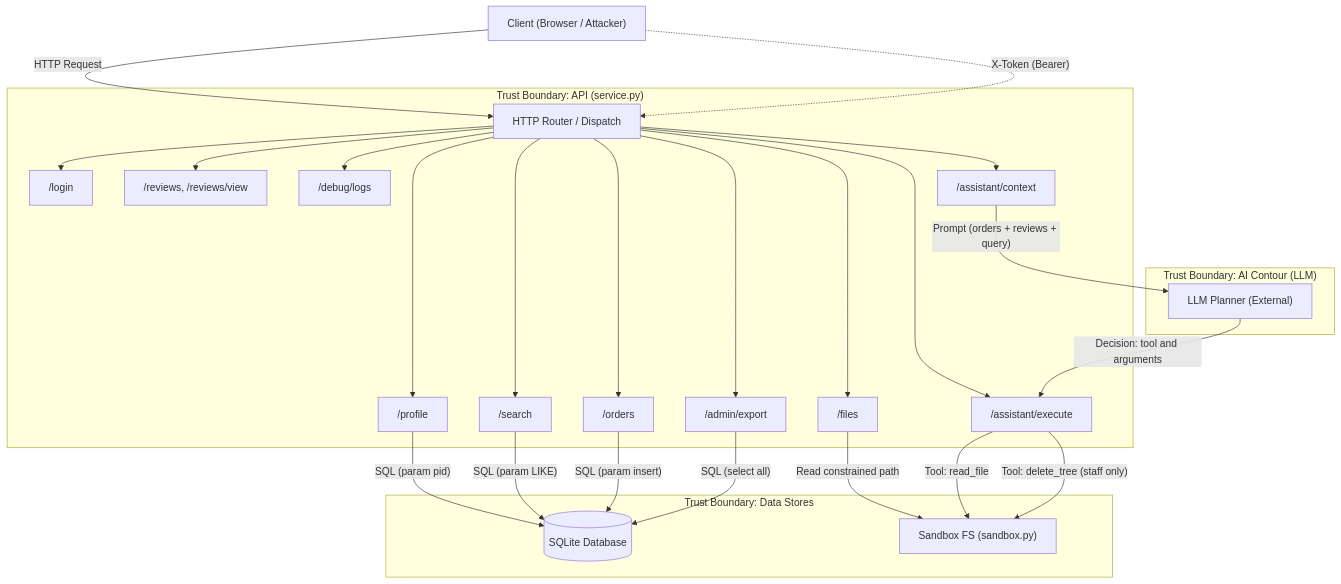
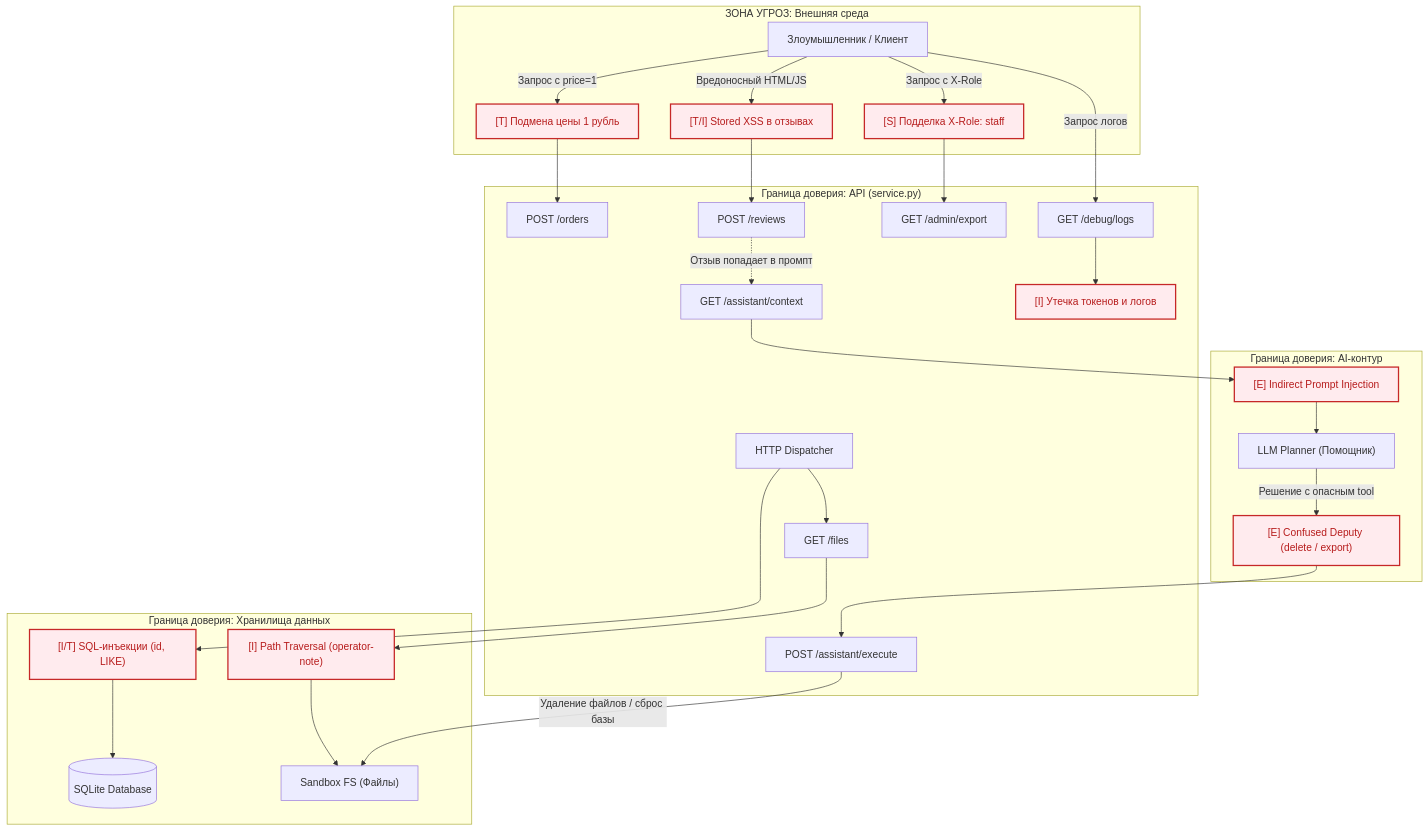
Before and after one commit to aMadeInHeaven/ITMOv2-ai-course: the diagram in practices/practice_06/lab/ThreatModel.md, drawn with Mermaid. The commit also changed 1 other file, not shown here.

Commit message:
threat model fixes

````diff
--- a/practices/practice_06/lab/ThreatModel.md
+++ b/practices/practice_06/lab/ThreatModel.md
@@ -24,59 +23,72 @@
 ```mermaid
 flowchart TD
-  %% Nodes
-  client["Client (Browser / Attacker)"]
-
-  subgraph api_perimeter ["Trust Boundary: API (service.py)"]
-    router["HTTP Router / Dispatch"]
-    login_ep["/login"]
-    profile_ep["/profile"]
-    search_ep["/search"]
-    orders_ep["/orders"]
-    admin_export_ep["/admin/export"]
-    files_ep["/files"]
-    reviews_ep["/reviews, /reviews/view"]
-    logs_ep["/debug/logs"]
-    aictx_ep["/assistant/context"]
-    aiexec_ep["/assistant/execute"]
+  %% External & Untrusted
+  subgraph UntrustedZone ["ЗОНА УГРОЗ: Внешняя среда"]
+    client["Злоумышленник / Клиент"]
+    threat_spoof["[S] Подделка X-Role: staff"]
+    threat_price["[T] Подмена цены 1 рубль"]
+    threat_xss["[T/I] Stored XSS в отзывах"]
   end
 
-  subgraph data_stores ["Trust Boundary: Data Stores"]
-    db[("SQLite Database")]
-    fs["Sandbox FS (sandbox.py)"]
+  %% Trust Boundary: API
+  subgraph APIBoundary ["Граница доверия: API (service.py)"]
+    router["HTTP Dispatcher"]
+    ep_orders["POST /orders"]
+    ep_reviews["POST /reviews"]
+    ep_files["GET /files"]
+    ep_admin["GET /admin/export"]
+    ep_logs["GET /debug/logs"]
+    ep_aictx["GET /assistant/context"]
+    ep_aiexec["POST /assistant/execute"]
+    threat_logs["[I] Утечка токенов и логов"]
   end
 
-  subgraph ai_contour ["Trust Boundary: AI Contour (LLM)"]
-    planner["LLM Planner (External)"]
+  %% Trust Boundary: AI
+  subgraph AIContour ["Граница доверия: AI-контур"]
+    llm["LLM Planner (Помощник)"]
+    threat_prompt["[E] Indirect Prompt Injection"]
+    threat_deputy["[E] Confused Deputy (delete / export)"]
   end
 
-  %% Flows
-  client -->|HTTP Request| router
-  router --> login_ep
-  router --> profile_ep
-  router --> search_ep
-  router --> orders_ep
-  router --> admin_export_ep
-  router --> files_ep
-  router --> reviews_ep
-  router --> logs_ep
-  router --> aictx_ep
-  router --> aiexec_ep
+  %% Trust Boundary: Stores
+  subgraph DataStores ["Граница доверия: Хранилища данных"]
+    db[("SQLite Database")]
+    fs["Sandbox FS (Файлы)"]
+    threat_sqli["[I/T] SQL-инъекции (id, LIKE)"]
+    threat_trav["[I] Path Traversal (operator-note)"]
+  end
 
-  %% Auth
-  client -.->|"X-Token (Bearer)"| router
+  %% Client interactions
+  client -->|"Запрос с X-Role"| threat_spoof
+  threat_spoof --> ep_admin
 
-  %% DB queries
-  profile_ep -->|"SQL (param pid)"| db
-  search_ep -->|"SQL (param LIKE)"| db
-  orders_ep -->|"SQL (param insert)"| db
-  admin_export_ep -->|"SQL (select all)"| db
+  client -->|"Запрос с price=1"| threat_price
+  threat_price --> ep_orders
 
-  %% FS operations
-  files_ep -->|"Read constrained path"| fs
-  aiexec_ep -->|"Tool: read_file"| fs
-  aiexec_ep -->|"Tool: delete_tree (staff only)"| fs
+  client -->|"Вредоносный HTML/JS"| threat_xss
+  threat_xss --> ep_reviews
 
-  %% AI Context and Decisions
-  aictx_ep -->|"Prompt (orders + reviews + query)"| planner
-  planner -->|"Decision: tool and arguments"| aiexec_ep
+  client -->|"Запрос логов"| ep_logs
+  ep_logs --> threat_logs
+
+  %% Storage interactions
+  router --> ep_files
+  ep_files --> threat_trav
+  threat_trav --> fs
+
+  router --> threat_sqli
+  threat_sqli --> db
+
+  %% AI flow
+  ep_reviews -.->|"Отзыв попадает в промпт"| ep_aictx
+  ep_aictx --> threat_prompt
+  threat_prompt --> llm
+
+  llm -->|"Решение с опасным tool"| threat_deputy
+  threat_deputy --> ep_aiexec
+  ep_aiexec -->|"Удаление файлов / сброс базы"| fs
+
+  %% Styling threats in red
+  classDef threat fill:#ffebee,stroke:#c62828,stroke-width:2px,color:#b71c1c;
+  class threat_spoof,threat_price,threat_xss,threat_logs,threat_prompt,threat_deputy,threat_sqli,threat_trav threat;
 ```
````
